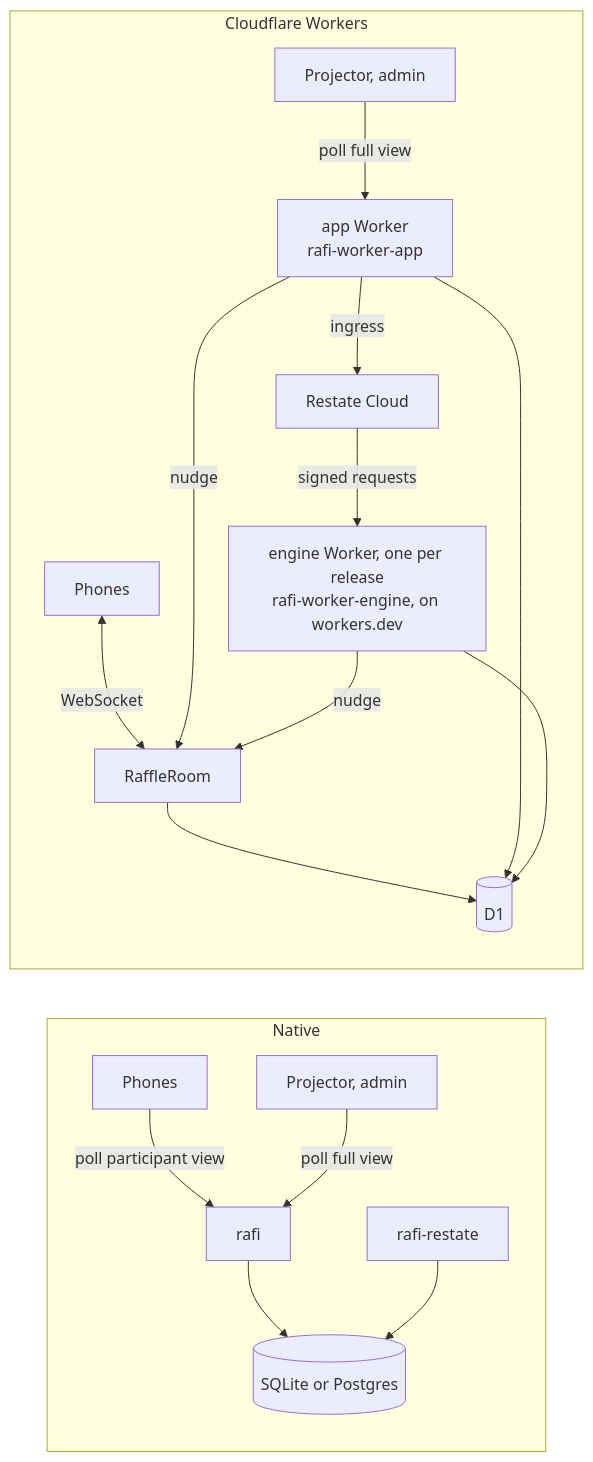
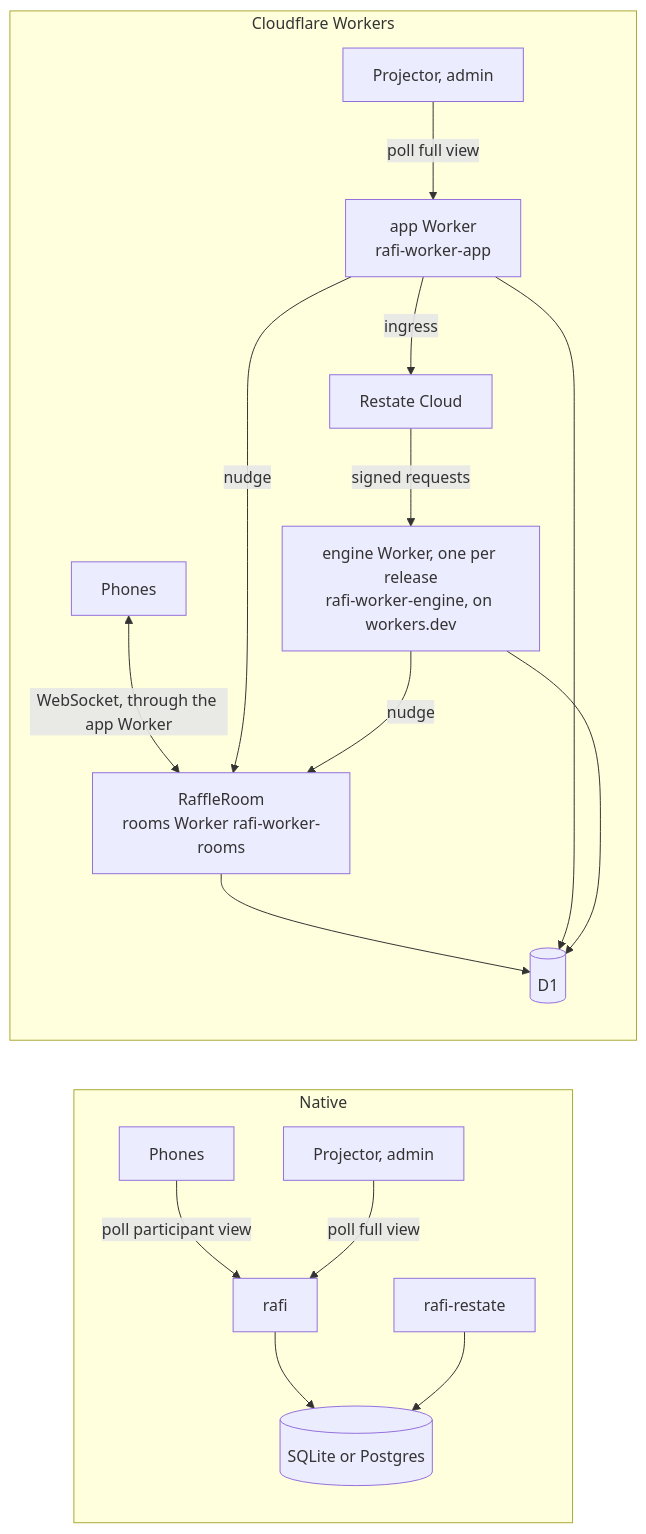
One commit to sagikazarmark/rafi.orig changed the fourth of 4 diagrams in docs/explanation/architecture.md. Above: the diagram before and after it, drawn with Mermaid. The commit also changed other lines of this file and 15 other files, not shown here.

````diff
--- a/docs/explanation/architecture.md
+++ b/docs/explanation/architecture.md
@@ -170,20 +170,20 @@
 ```mermaid
 flowchart LR
     subgraph native [Native]
         p1[Phones] -->|poll participant view| a1[rafi]
         s1[Projector, admin] -->|poll full view| a1
         a1 --> db1[(SQLite or Postgres)]
         e1[rafi-restate] --> db1
     end
     subgraph workers [Cloudflare Workers]
-        p2[Phones] <-->|WebSocket| room[RaffleRoom]
+        p2[Phones] <-->|WebSocket, through the app Worker| room[RaffleRoom<br/>rooms Worker rafi-worker-rooms]
         s2[Projector, admin] -->|poll full view| a2[app Worker<br/>rafi-worker-app]
         a2 -->|ingress| rc[Restate Cloud]
         rc -->|signed requests| e2[engine Worker, one per release<br/>rafi-worker-engine, on workers.dev]
         a2 -->|nudge| room
         e2 -->|nudge| room
         room --> db2[(D1)]
         a2 --> db2
         e2 --> db2
     end
 ```
````
